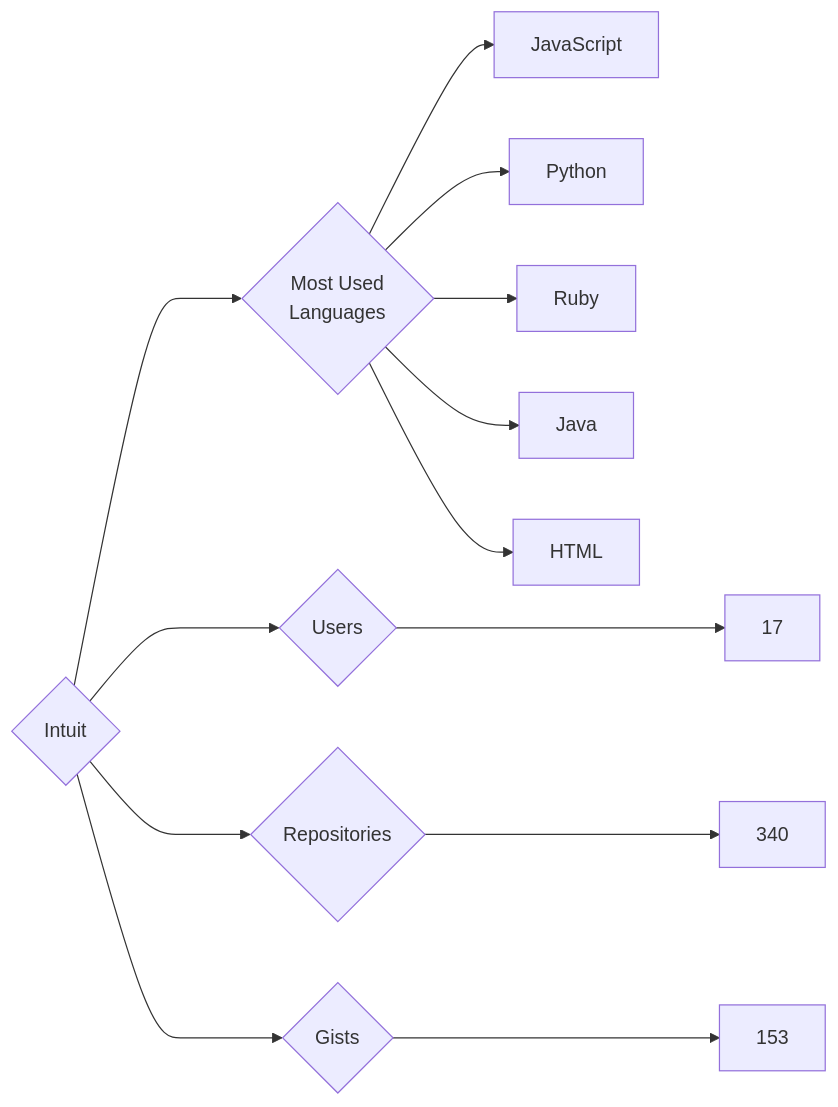
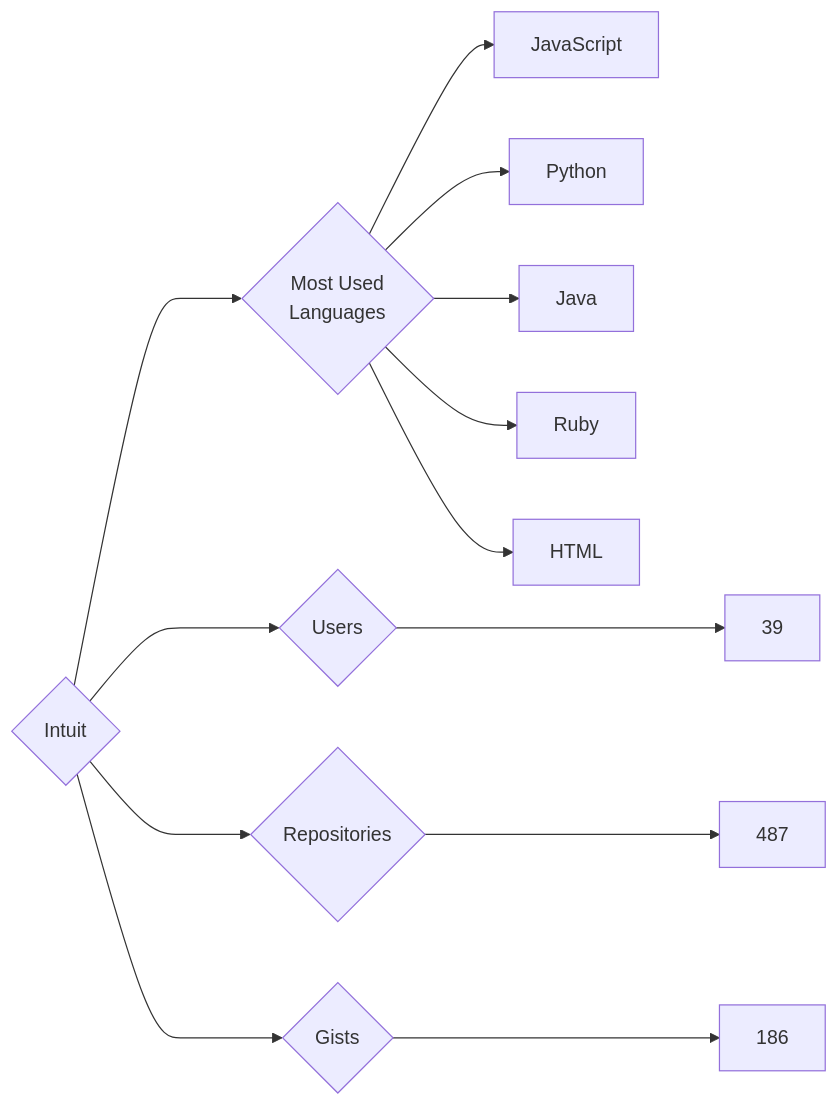
One commit to trickest/insiders changed the diagram in targets/Intuit/README.md. Above: the diagram before and after it, drawn with Mermaid. The commit also changed 786 other files, not shown here.

````diff
--- a/targets/Intuit/README.md
+++ b/targets/Intuit/README.md
@@ -3,13 +3,13 @@
 ```mermaid
 graph LR
 COMPANY_NAME{Intuit}
-COMPANY_NAME ---> U{Users} ---> UN[17]
-COMPANY_NAME ---> R{Repositories} ---> RN[340]
-COMPANY_NAME ---> G{Gists} ---> GN[153]
+COMPANY_NAME ---> U{Users} ---> UN[39]
+COMPANY_NAME ---> R{Repositories} ---> RN[487]
+COMPANY_NAME ---> G{Gists} ---> GN[186]
 COMPANY_NAME ---> ML{Most Used<br>Languages}
 ML --> JavaScript[JavaScript]
 ML --> Python[Python]
+ML --> Java[Java]
 ML --> Ruby[Ruby]
-ML --> Java[Java]
 ML --> HTML[HTML]
 ```
````
